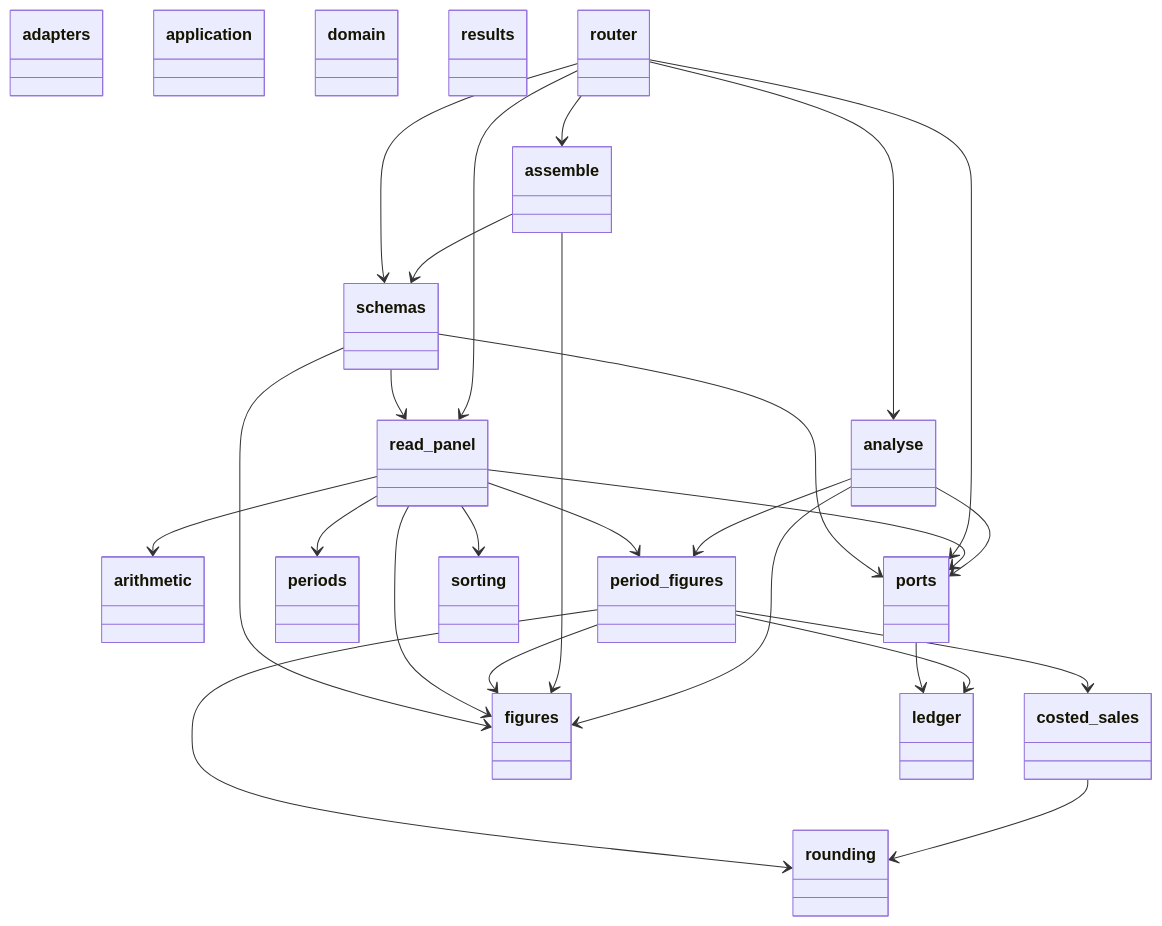
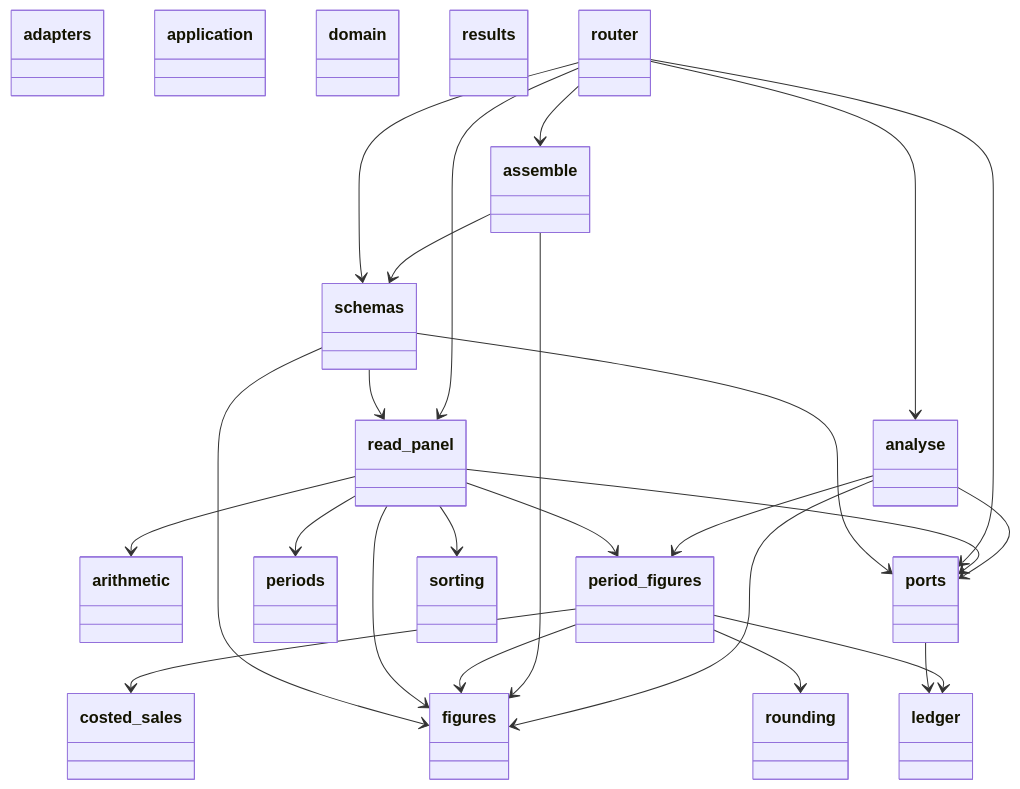
Before and after one commit to GonzaloZevallos/apostrophe: the first of 4 diagrams in docs/architecture/generated/classes/results.md, drawn with Mermaid.

Commit message:
Regenerate the results class diagram: costed_sales no longer imports rounding

````diff
--- a/docs/architecture/generated/classes/results.md
+++ b/docs/architecture/generated/classes/results.md
@@ -7,64 +7,63 @@
 ```mermaid
 classDiagram
   class adapters {
   }
   class analyse {
   }
   class application {
   }
   class arithmetic {
   }
   class assemble {
   }
   class costed_sales {
   }
   class domain {
   }
   class figures {
   }
   class ledger {
   }
   class period_figures {
   }
   class periods {
   }
   class ports {
   }
   class read_panel {
   }
   class results {
   }
   class rounding {
   }
   class router {
   }
   class schemas {
   }
   class sorting {
   }
   analyse --> figures
   analyse --> period_figures
   analyse --> ports
   assemble --> figures
   assemble --> schemas
-  costed_sales --> rounding
   period_figures --> costed_sales
   period_figures --> figures
   period_figures --> ledger
   period_figures --> rounding
   ports --> ledger
   read_panel --> arithmetic
   read_panel --> figures
   read_panel --> period_figures
   read_panel --> periods
   read_panel --> ports
   read_panel --> sorting
   router --> analyse
   router --> assemble
   router --> ports
   router --> read_panel
   router --> schemas
   schemas --> figures
   schemas --> ports
   schemas --> read_panel
 ```
````
